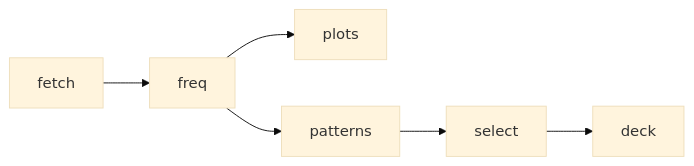
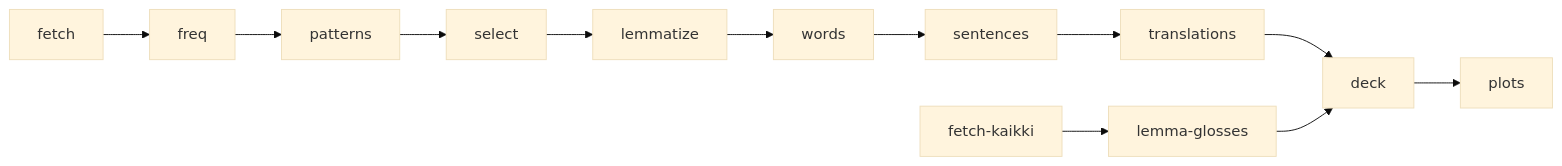
Before and after one commit to gbrlpzz/german-pareto-deck: the diagram in README.md, drawn with Mermaid (base theme). The commit also changed other lines of this file and 15 other files, not shown here.

````diff
--- a/README.md
+++ b/README.md
@@ -60,5 +64,8 @@
 ```mermaid
 flowchart LR
-    A[fetch] --> B[freq] --> C[plots]
-    B --> D[patterns] --> E[select] --> F[deck]
+    A[fetch] --> B[freq] --> C[patterns] --> D[select]
+    D --> E[lemmatize] --> F[words] --> G[sentences] --> H[translations]
+    H --> I[deck]
+    J[fetch-kaikki] --> K[lemma-glosses] --> I
+    I --> L[plots]
 ```
````
